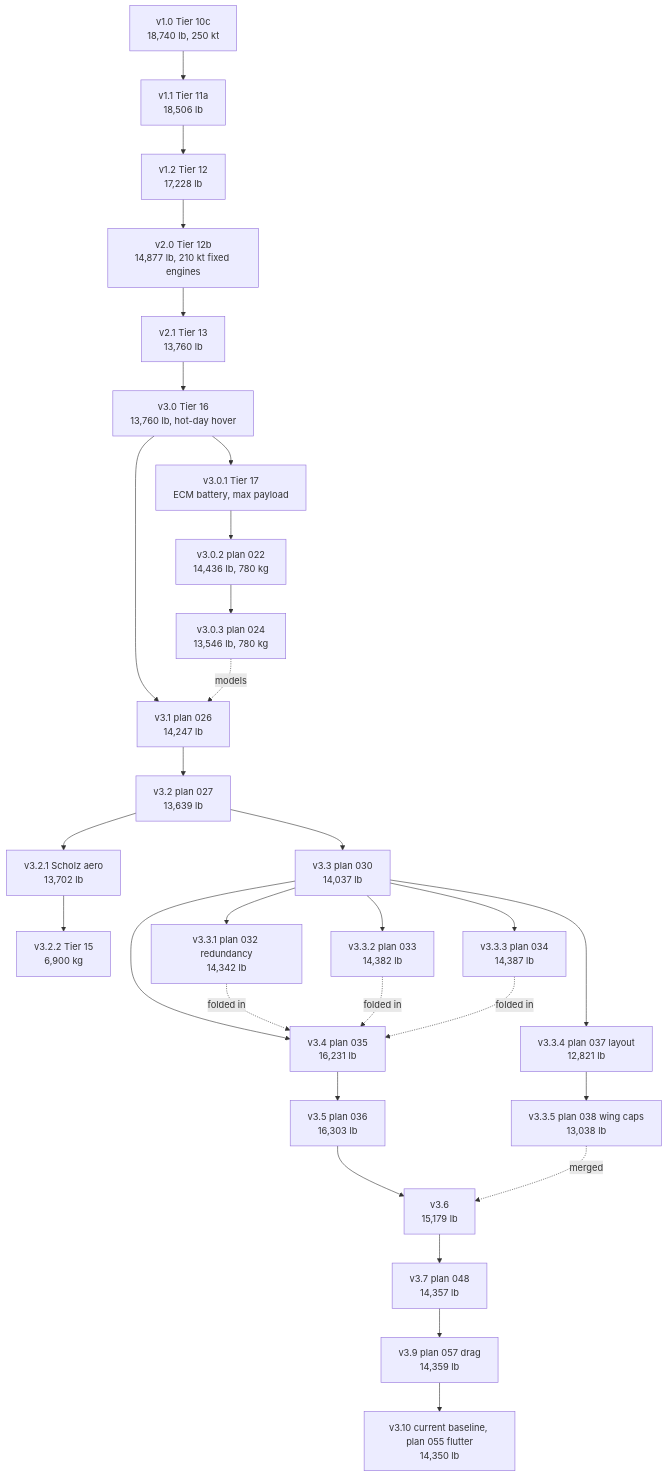
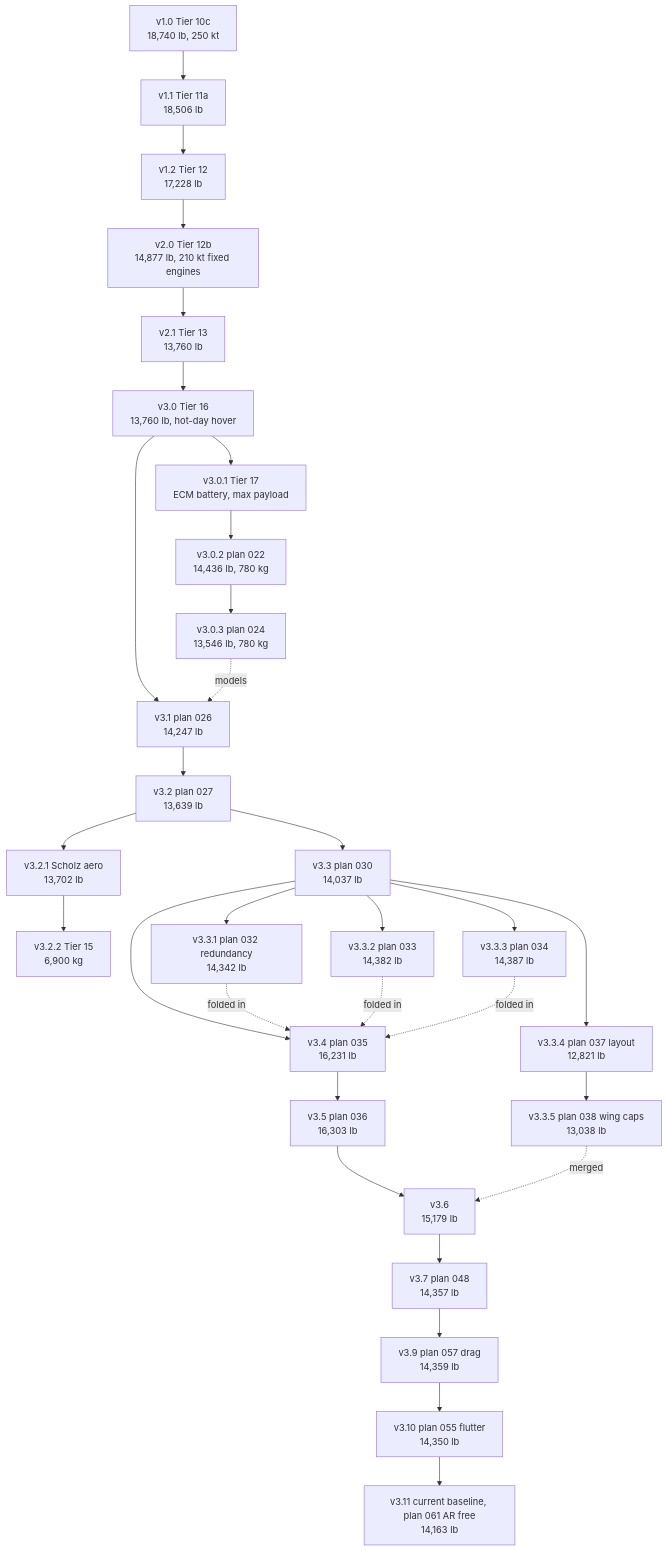
One commit to rootAmos/size_halo changed the diagram in docs/AIRCRAFT_VERSIONS.md. Above: the diagram before and after it, drawn with Mermaid. The commit also changed other lines of this file and 4 other files, not shown here.

First line of the commit message:
feat(sizing): v3.11 baseline, wing aspect ratio free under a 24 m width limit (plan 061)

````diff
--- a/docs/AIRCRAFT_VERSIONS.md
+++ b/docs/AIRCRAFT_VERSIONS.md
@@ -60,32 +61,33 @@
 ```mermaid
 flowchart TD
     v1_0["v1.0 Tier 10c<br/>18,740 lb, 250 kt"] --> v1_1["v1.1 Tier 11a<br/>18,506 lb"]
     v1_1 --> v1_2["v1.2 Tier 12<br/>17,228 lb"]
     v1_2 --> v2_0["v2.0 Tier 12b<br/>14,877 lb, 210 kt fixed engines"]
     v2_0 --> v2_1["v2.1 Tier 13<br/>13,760 lb"]
     v2_1 --> v3_0["v3.0 Tier 16<br/>13,760 lb, hot-day hover"]
     v3_0 --> v3_0_1["v3.0.1 Tier 17<br/>ECM battery, max payload"]
     v3_0_1 --> v3_0_2["v3.0.2 plan 022<br/>14,436 lb, 780 kg"]
     v3_0_2 --> v3_0_3["v3.0.3 plan 024<br/>13,546 lb, 780 kg"]
     v3_0 --> v3_1["v3.1 plan 026<br/>14,247 lb"]
     v3_0_3 -. models .-> v3_1
     v3_1 --> v3_2["v3.2 plan 027<br/>13,639 lb"]
     v3_2 --> v3_2_1["v3.2.1 Scholz aero<br/>13,702 lb"]
     v3_2_1 --> v3_2_2["v3.2.2 Tier 15<br/>6,900 kg"]
     v3_2 --> v3_3["v3.3 plan 030<br/>14,037 lb"]
     v3_3 --> v3_3_1["v3.3.1 plan 032 redundancy<br/>14,342 lb"]
     v3_3 --> v3_3_2["v3.3.2 plan 033<br/>14,382 lb"]
     v3_3 --> v3_3_3["v3.3.3 plan 034<br/>14,387 lb"]
     v3_3 --> v3_4["v3.4 plan 035<br/>16,231 lb"]
     v3_3_1 -. folded in .-> v3_4
     v3_3_2 -. folded in .-> v3_4
     v3_3_3 -. folded in .-> v3_4
     v3_4 --> v3_5["v3.5 plan 036<br/>16,303 lb"]
     v3_3 --> v3_3_4["v3.3.4 plan 037 layout<br/>12,821 lb"]
     v3_3_4 --> v3_3_5["v3.3.5 plan 038 wing caps<br/>13,038 lb"]
     v3_5 --> v3_6["v3.6<br/>15,179 lb"]
     v3_3_5 -. merged .-> v3_6
     v3_6 --> v3_7["v3.7 plan 048<br/>14,357 lb"]
     v3_7 --> v3_9["v3.9 plan 057 drag<br/>14,359 lb"]
-    v3_9 --> v3_10["v3.10 current baseline, plan 055 flutter<br/>14,350 lb"]
+    v3_9 --> v3_10["v3.10 plan 055 flutter<br/>14,350 lb"]
+    v3_10 --> v3_11["v3.11 current baseline, plan 061 AR free<br/>14,163 lb"]
 ```
````
